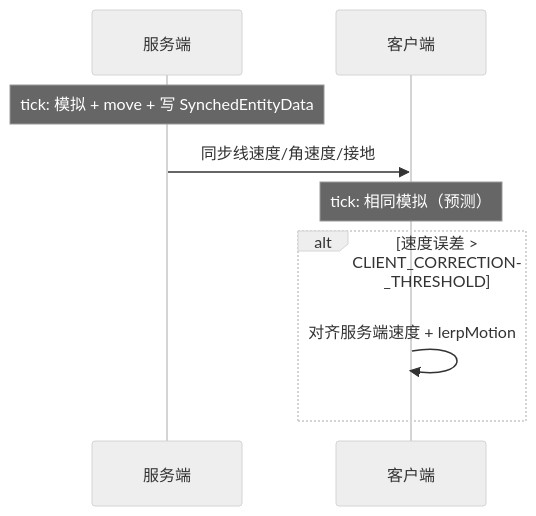
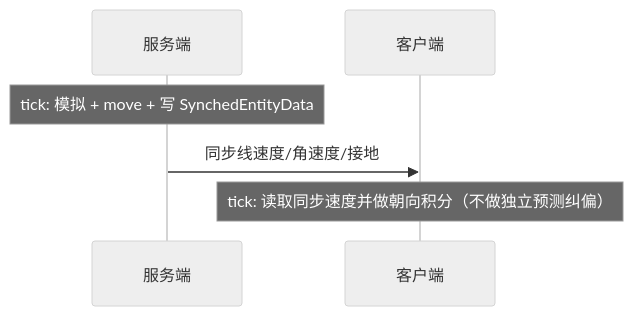
One commit to NMB-Court-Team/NMBCT-Football changed the second of 3 diagrams in FOOTBALL_PHYSICS.md. Above: the diagram before and after it, drawn with Mermaid (neutral theme). The commit also changed other lines of this file and 3 other files, not shown here.

````diff
--- a/FOOTBALL_PHYSICS.md
+++ b/FOOTBALL_PHYSICS.md
@@ -164,12 +164,9 @@
 ```mermaid
 sequenceDiagram
     participant S as 服务端
     participant C as 客户端
 
   Note over S: tick: 模拟 + move + 写 SynchedEntityData
   S->>C: 同步线速度/角速度/接地
-  Note over C: tick: 相同模拟（预测）
-  alt 速度误差 > CLIENT_CORRECTION_THRESHOLD
-    C->>C: 对齐服务端速度 + lerpMotion
-  end
+  Note over C: tick: 读取同步速度并做朝向积分（不做独立预测纠偏）
 ```
````
